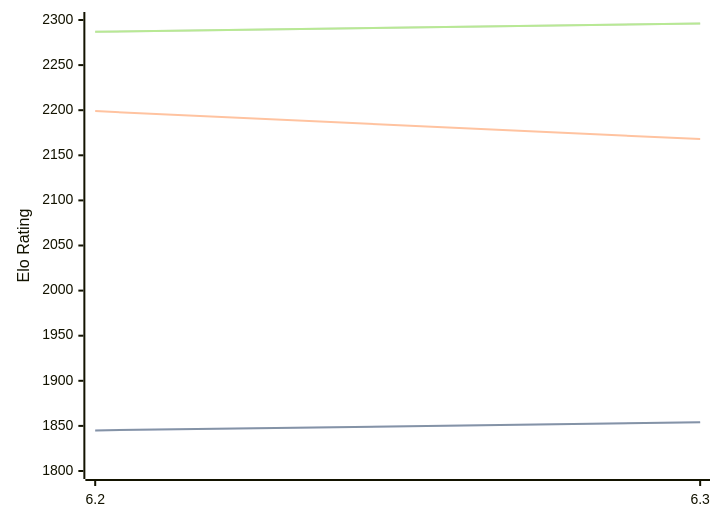
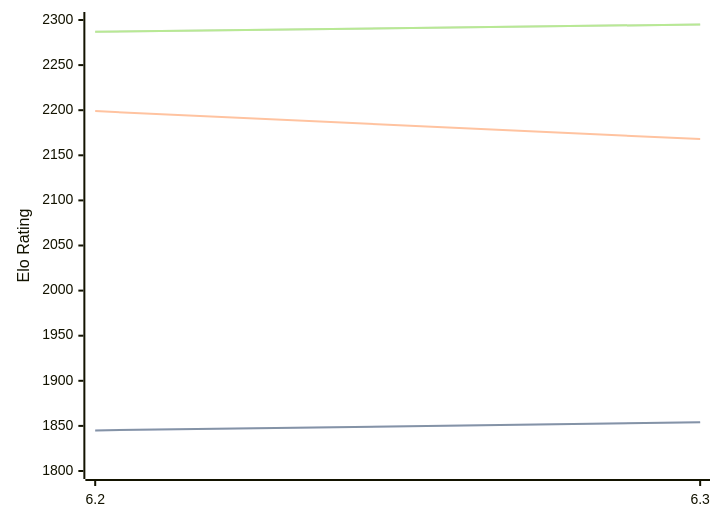
One commit to computer-chess-index/cci changed the diagram in engines/chess4j.md. Above: the diagram before and after it, drawn with Mermaid. The commit also changed other lines of this file, not shown here.

Commit message:
Update CCI Ratings (ELO VLTC) - 2026-08-10

````diff
--- a/engines/chess4j.md
+++ b/engines/chess4j.md
@@ -32,11 +32,11 @@
 ```mermaid
 %%{init: {"theme":"base","themeVariables":{"seriesColors:['#a3a3a3','#222221','#faa371']}}}%%
 xychart-beta
   x-axis ["6.2", "6.3"]
   y-axis "Elo Rating" 1800 --> 2300
   line "STC (8.0+0.08s)" [1845, 1854]
   line "STC (8.0+0.08s)" [1845, 1854]
   line "LTC (60.0+0.60s)" [2199, 2168]
-  line "VLTC (2m24s+1.12s)" [2287, 2296]
-  line "VLTC (2m24s+1.12s)" [2287, 2296]
+  line "VLTC (2m24s+1.12s)" [2287, 2295]
+  line "VLTC (2m24s+1.12s)" [2287, 2295]
 ```
````
